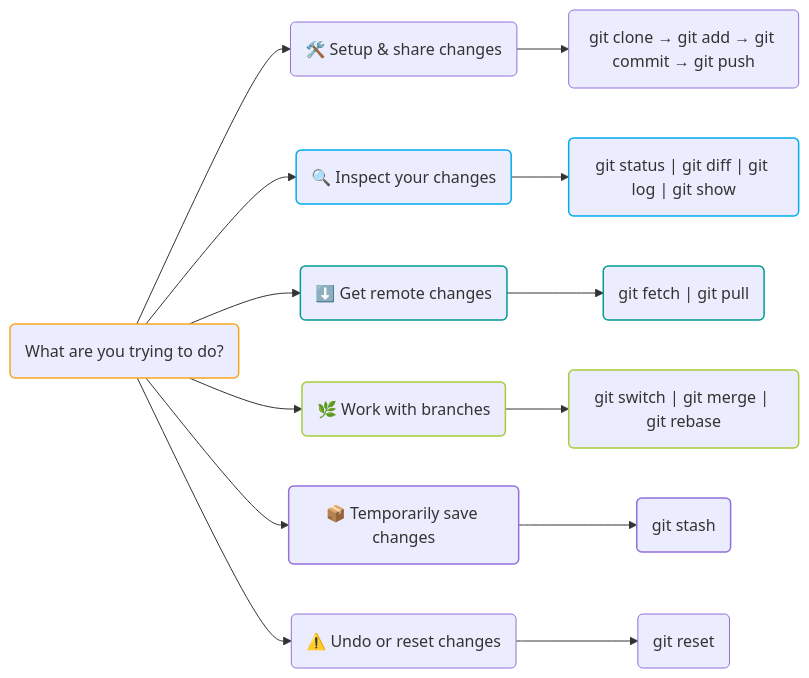
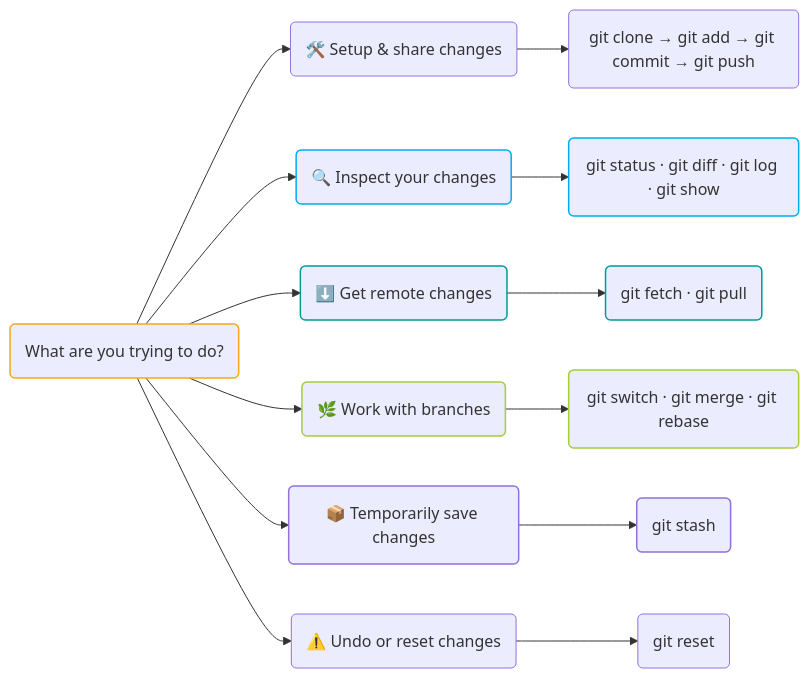
The first of 4 diagrams in docs/getting_started/essential_git.md (ACCESS-NRI/ACCESS-Hive-Docs), drawn with Mermaid before and after one commit.

Commit message:
Changed back to dot

````diff
--- a/docs/getting_started/essential_git.md
+++ b/docs/getting_started/essential_git.md
@@ -24,40 +24,40 @@
 ```mermaid
 flowchart LR
     A("What are you trying to do?")
 
     A --> B("🛠️ Setup & share changes")
     A --> C("🔍 Inspect your changes")
     A --> D("⬇️ Get remote changes")
     A --> E("🌿 Work with branches")
     A --> F("📦 Temporarily save changes")
     A --> G("⚠️ Undo or reset changes")
 
     B --> B1("git clone → git add → git commit → git push")
-    C --> C1("git status | git diff | git log | git show")
-    D --> D1("git fetch | git pull")
-    E --> E1("git switch | git merge | git rebase")
+    C --> C1("git status · git diff · git log · git show")
+    D --> D1("git fetch · git pull")
+    E --> E1("git switch · git merge · git rebase")
     F --> F1("git stash")
     G --> G1("git reset")
 
     classDef primary stroke:#F9A61C,stroke-width:1.5px
     classDef setup stroke:#005B94,stroke-width:1.5px
     classDef inspect stroke:#01ADEE,stroke-width:1.5px
     classDef update stroke:#009C95,stroke-width:1.5px
     classDef branch stroke:#A5CD3A,stroke-width:1.5px
     classDef stash stroke:#9370DB,stroke-width:1.5px
     classDef reset stroke:#D9534F,stroke-width:1.5px
 
     %% Category links
     click B href "#setup-share-changes"
     click C href "#inspect-your-changes"
     click D href "#get-remote-changes"
     click E href "#work-with-branches"
     click F href "#temporarily-save-changes"
     click G href "#undo-or-reset-changes"
 
     class A primary
     class C,C1 inspect
     class D,D1 update
     class E,E1 branch
     class F,F1 stash
 ```
````
